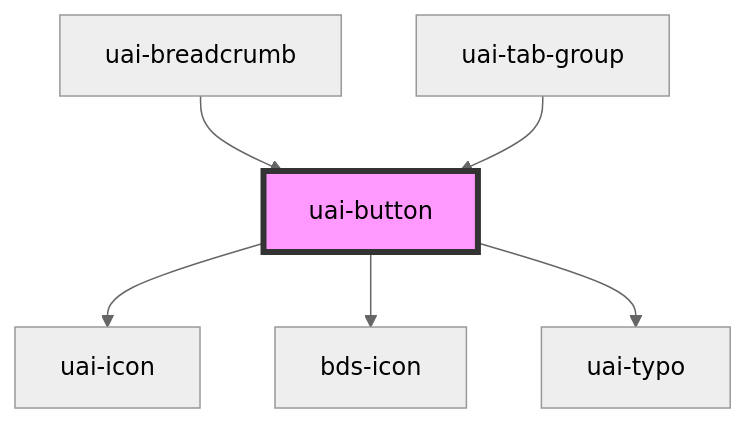
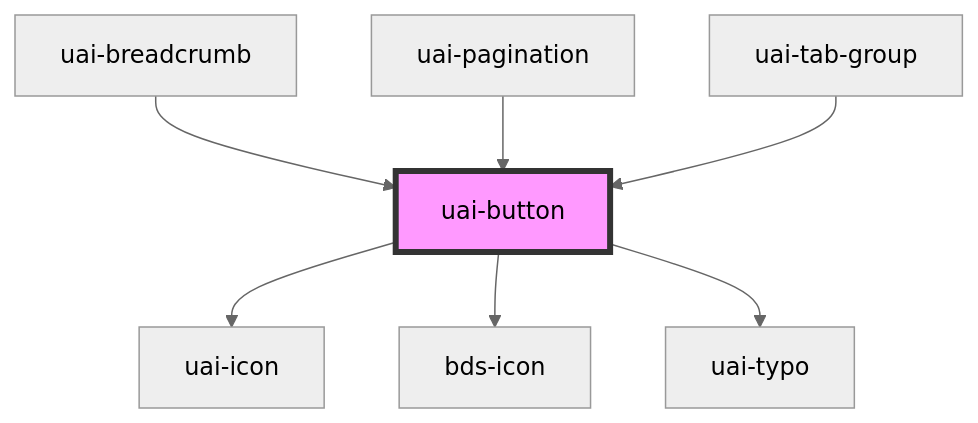
One commit to takenet/blip-ds changed the diagram in src/components/uai-button/readme.md. Above: the diagram before and after it, drawn with Mermaid (neutral theme). The commit also changed other lines of this file and 20 other files, not shown here.

First line of the commit message:
feat: add UAI pagination and deprecate bds-pagination FROH-91

````diff
--- a/src/components/uai-button/readme.md
+++ b/src/components/uai-button/readme.md
@@ -185,9 +186,10 @@
 ```mermaid
 graph TD;
   uai-button --> uai-icon
   uai-button --> bds-icon
   uai-button --> uai-typo
   uai-breadcrumb --> uai-button
+  uai-pagination --> uai-button
   uai-tab-group --> uai-button
   style uai-button fill:#f9f,stroke:#333,stroke-width:4px
 ```
````
